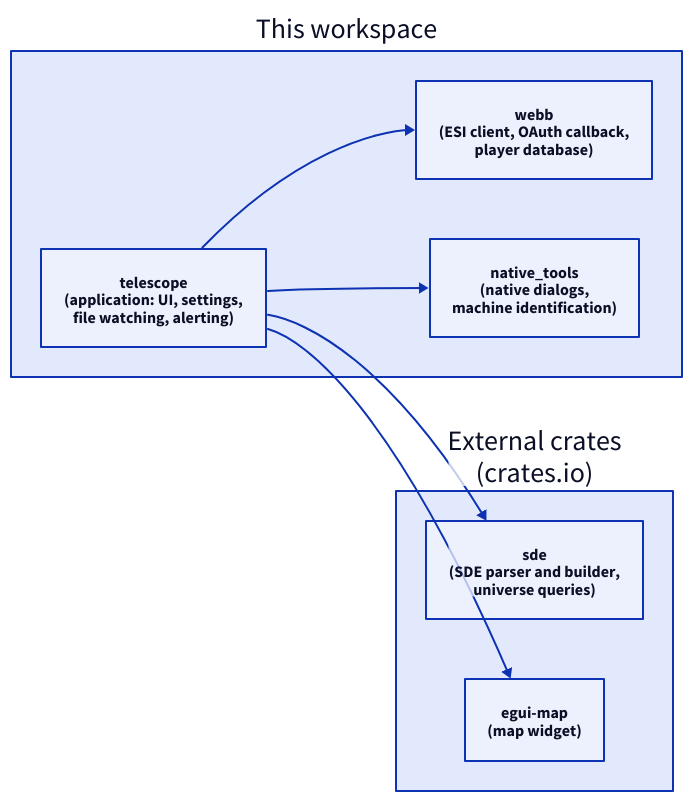
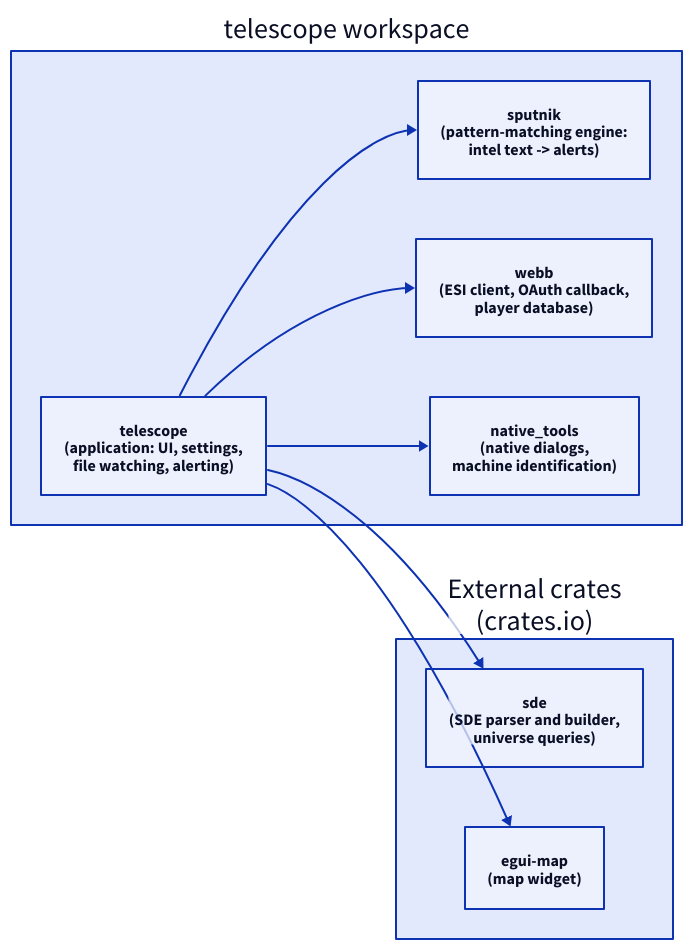
Before and after one commit to rafaga/telescope: the diagram in docs/architecture/crates.d2, drawn with D2. The commit also changed 8 other files, not shown here.

```diff
--- a/docs/architecture/crates.d2
+++ b/docs/architecture/crates.d2
@@ -1,17 +1,19 @@
 direction: right
 
-workspace: "This workspace" {
+workspace: "telescope workspace" {
   telescope: "telescope\n(application: UI, settings,\nfile watching, alerting)"
+  sputnik: "sputnik\n(pattern-matching engine:\nintel text -> alerts)"
   webb: "webb\n(ESI client, OAuth callback,\nplayer database)"
   native_tools: "native_tools\n(native dialogs,\nmachine identification)"
 }
 
 siblings: "External crates\n(crates.io)" {
   sde: "sde\n(SDE parser and builder,\nuniverse queries)"
   egui-map: "egui-map\n(map widget)"
 }
 
+workspace.telescope -> workspace.sputnik
 workspace.telescope -> workspace.webb
 workspace.telescope -> workspace.native_tools
 workspace.telescope -> siblings.sde
 workspace.telescope -> siblings.egui-map
```
